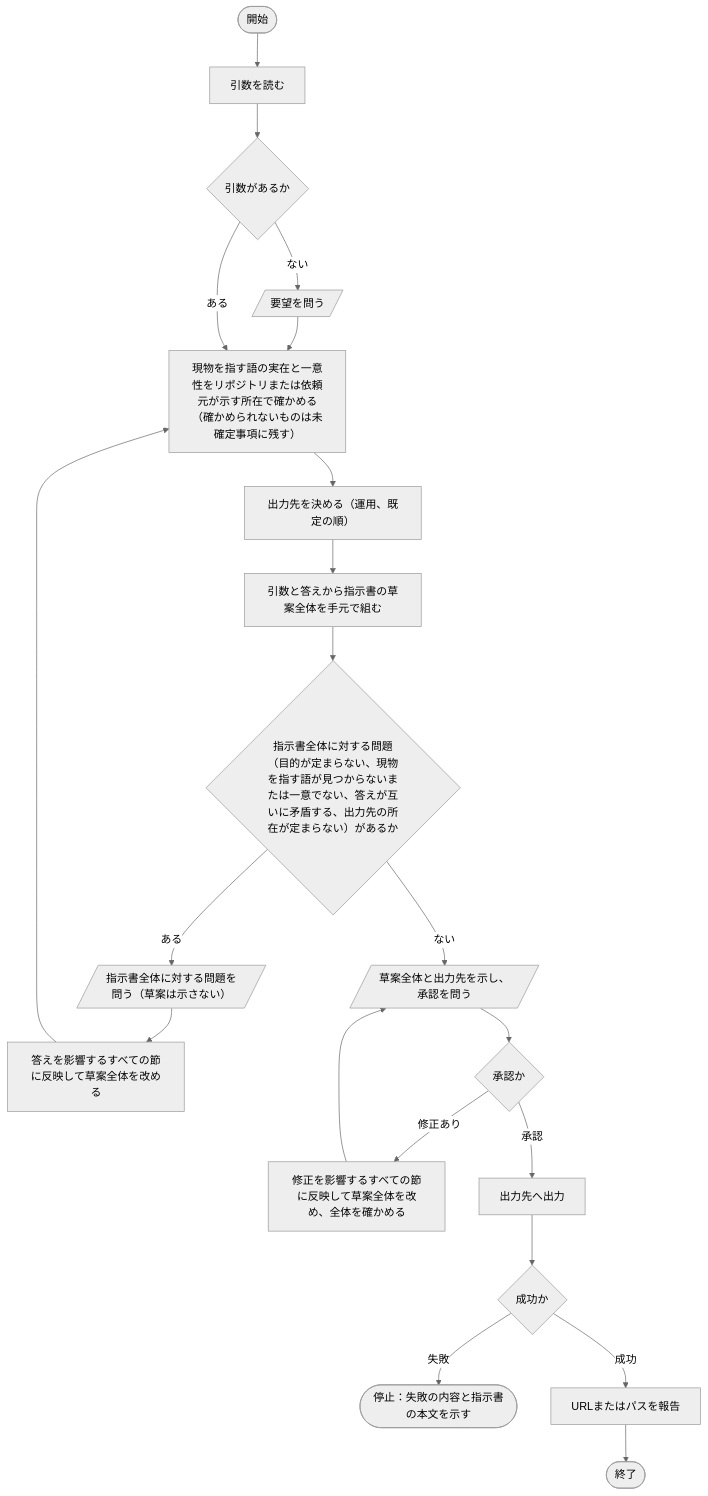
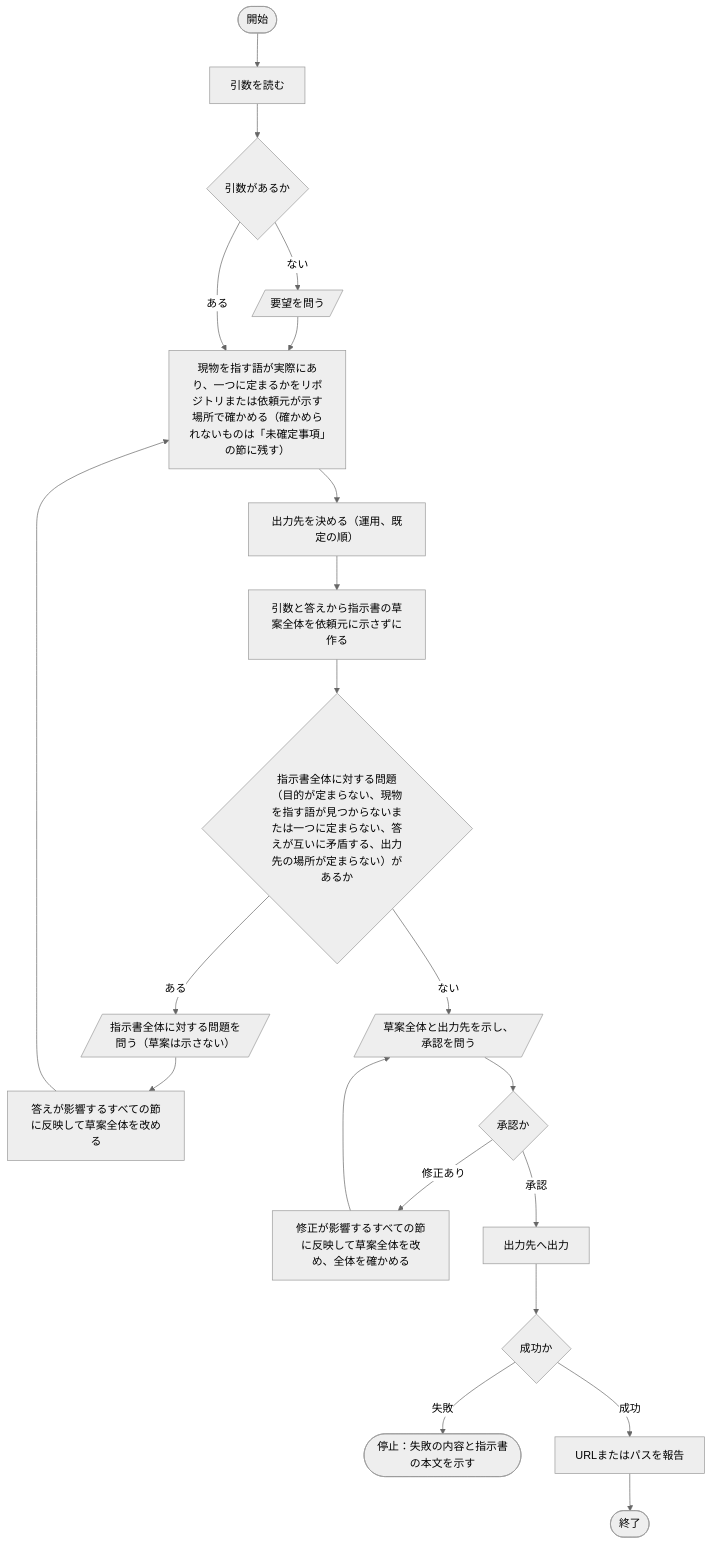
The diagram in docs/design/skills/request.md (bizhermit/hermit-works), drawn with Mermaid (neutral theme) before and after one commit. The commit also changed other lines of this file and 12 other files, not shown here.

First line of the commit message:
評価者の提案を反映し、設計書の図を含めて語と節の名前の書き方を揃える

````diff
--- a/docs/design/skills/request.md
+++ b/docs/design/skills/request.md
@@ -24,23 +24,23 @@
 ```mermaid
 flowchart TD
     S([開始]) --> A1["引数を読む"]
     A1 --> A2{"引数があるか"}
     A2 -- ない --> A3[/"要望を問う"/]
     A3 --> B1
-    A2 -- ある --> B1["現物を指す語の実在と一意性をリポジトリまたは依頼元が示す所在で確かめる（確かめられないものは未確定事項に残す）"]
+    A2 -- ある --> B1["現物を指す語が実際にあり、一つに定まるかをリポジトリまたは依頼元が示す場所で確かめる（確かめられないものは「未確定事項」の節に残す）"]
     B1 --> C1["出力先を決める（運用、既定の順）"]
-    C1 --> D1["引数と答えから指示書の草案全体を手元で組む"]
-    D1 --> D2{"指示書全体に対する問題（目的が定まらない、現物を指す語が見つからないまたは一意でない、答えが互いに矛盾する、出力先の所在が定まらない）があるか"}
+    C1 --> D1["引数と答えから指示書の草案全体を依頼元に示さずに作る"]
+    D1 --> D2{"指示書全体に対する問題（目的が定まらない、現物を指す語が見つからないまたは一つに定まらない、答えが互いに矛盾する、出力先の場所が定まらない）があるか"}
     D2 -- ある --> D3[/"指示書全体に対する問題を問う（草案は示さない）"/]
-    D3 --> D4["答えを影響するすべての節に反映して草案全体を改める"]
+    D3 --> D4["答えが影響するすべての節に反映して草案全体を改める"]
     D4 --> B1
     D2 -- ない --> E1[/"草案全体と出力先を示し、承認を問う"/]
     E1 --> E2{"承認か"}
-    E2 -- 修正あり --> E3["修正を影響するすべての節に反映して草案全体を改め、全体を確かめる"]
+    E2 -- 修正あり --> E3["修正が影響するすべての節に反映して草案全体を改め、全体を確かめる"]
     E3 --> E1
     E2 -- 承認 --> F1["出力先へ出力"]
     F1 --> F2{"成功か"}
     F2 -- 失敗 --> X1(["停止：失敗の内容と指示書の本文を示す"])
     F2 -- 成功 --> F3["URLまたはパスを報告"]
     F3 --> T([終了])
 ```
````
